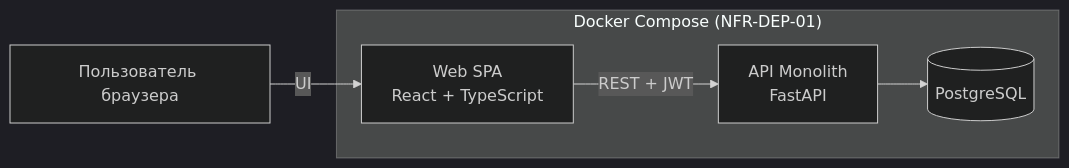
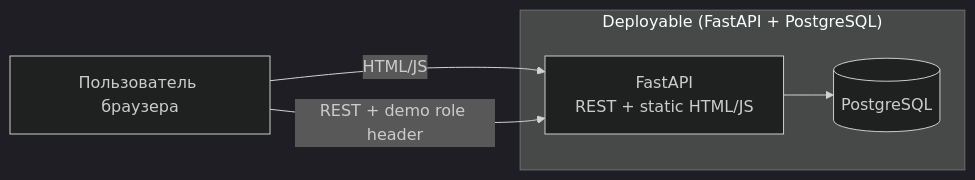
The diagram in docs/03-diagrams/architecture/container-diagram.md (egoryasuk96/pet-project-hr-tech-), drawn with Mermaid (dark theme) before and after one commit. The commit also changed other lines of this file and 7 other files, not shown here.

Commit message:
docs: stage 5 — static HTML web client ADR and architecture alignment

````diff
--- a/docs/03-diagrams/architecture/container-diagram.md
+++ b/docs/03-diagrams/architecture/container-diagram.md
@@ -43,14 +45,13 @@
 ```mermaid
 flowchart LR
   User[Пользователь браузера]
 
-  subgraph compose ["Docker Compose (NFR-DEP-01)"]
-    Web["Web SPA\nReact + TypeScript"]
-    Api["API Monolith\nFastAPI"]
+  subgraph deploy ["Deployable (FastAPI + PostgreSQL)"]
+    Api["FastAPI\nREST + static HTML/JS"]
     Db[("PostgreSQL")]
   end
 
-  User -->|UI| Web
-  Web -->|"REST + JWT"| Api
+  User -->|"HTML/JS"| Api
+  User -->|"REST + demo role header"| Api
   Api --> Db
 ```
````
